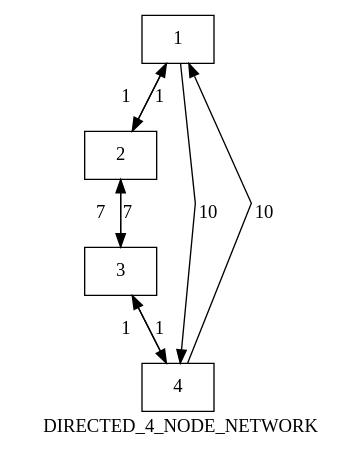
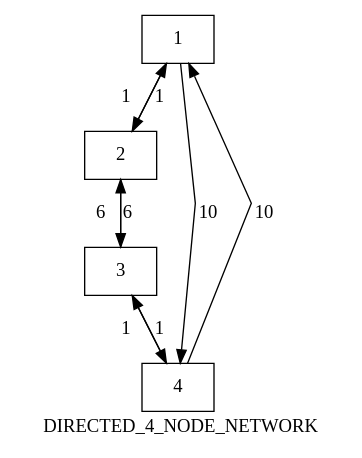
Before and after one commit to bschutze/ALTO-framework-sim: the diagram in DI_4N.dot, drawn with Graphviz. The commit also changed 3 other files, not shown here.

Commit message:
Fixed the drawGraph_.py module such that graphs are now drawn with propper spacing between nodes, added testing .dot graph

```diff
--- a/DI_4N.dot
+++ b/DI_4N.dot
@@ -1,21 +1,21 @@
 digraph Test {
 
 	/*compound=true*/
 	node [shape=box];
 	edge [len=2];
 	/*Instantiation of nodes, required to successfully calling .get_node_list() 		(pydot) */
 	1[]; 2[]; 3[]; 4[];
 	overlap = scale;
 	splines = false;
 	label = DIRECTED_4_NODE_NETWORK;
 	//orientation = portrait;
 
 	1 -> 2	[label=1,throughput=16,latency=4,delay=3,bandwidth = 10];
 	1 -> 4	[label=10,throughput=16,latency=4,delay=3,bandwidth = 10];
 	2 -> 1	[label=1,throughput=12,latency=3,delay=2,bandwidth = 20];
-	2 -> 3	[label=7,throughput=12,latency=3,delay=2,bandwidth = 20];
-	3 -> 2	[label=7,throughput=10,latency=2,delay=4,bandwidth = 20];
+	2 -> 3	[label=6,throughput=12,latency=3,delay=2,bandwidth = 20];
+	3 -> 2	[label=6,throughput=10,latency=2,delay=4,bandwidth = 20];
 	3 -> 4	[label=1,throughput=9,latency=5,delay=1,bandwidth = 20];
 	4 -> 3	[label=1,throughput=9,latency=5,delay=1,bandwidth = 20];
 	4 -> 1	[label=10,throughput=11,latency=6,delay=2,bandwidth = 20];
 }
```
